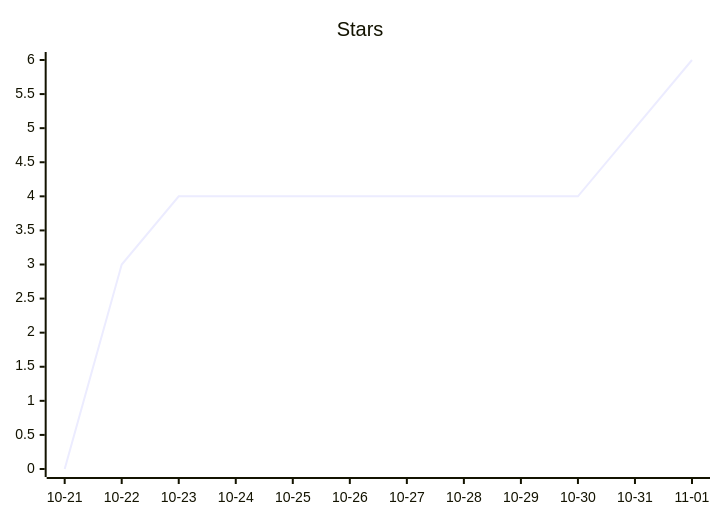
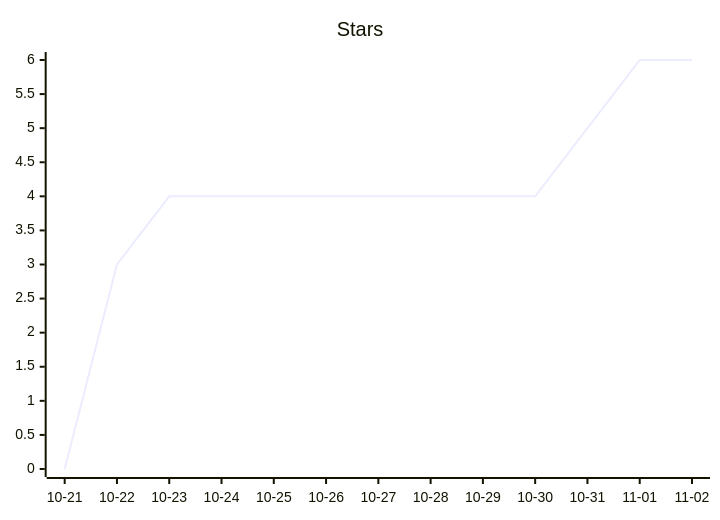
Before and after one commit to ArtemkaGoldMan/ContextSwitcher: the second of 3 diagrams in README.md, drawn with Mermaid. The commit also changed other lines of this file and 6 other files, not shown here.

````diff
--- a/README.md
+++ b/README.md
@@ -43,6 +43,6 @@
 ```mermaid
 xychart-beta
     title "Stars"
-    x-axis ["10-21", "10-22", "10-23", "10-24", "10-25", "10-26", "10-27", "10-28", "10-29", "10-30", "10-31", "11-01"]
-    line [0, 3, 4, 4, 4, 4, 4, 4, 4, 4, 5, 6]
+    x-axis ["10-21", "10-22", "10-23", "10-24", "10-25", "10-26", "10-27", "10-28", "10-29", "10-30", "10-31", "11-01", "11-02"]
+    line [0, 3, 4, 4, 4, 4, 4, 4, 4, 4, 5, 6, 6]
 ```
````
